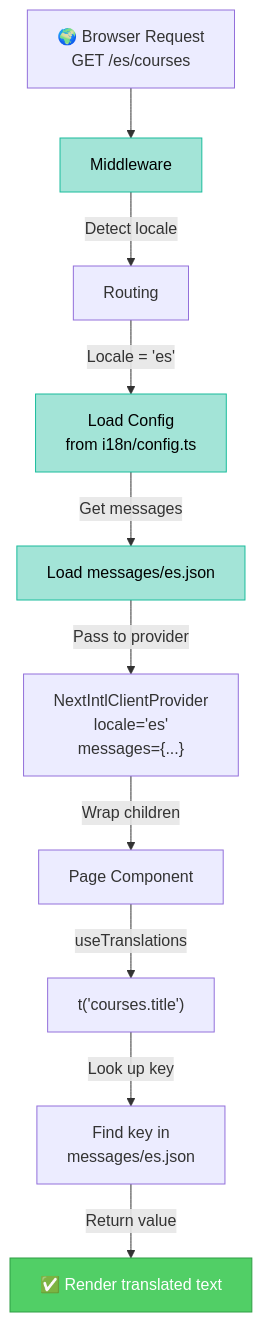
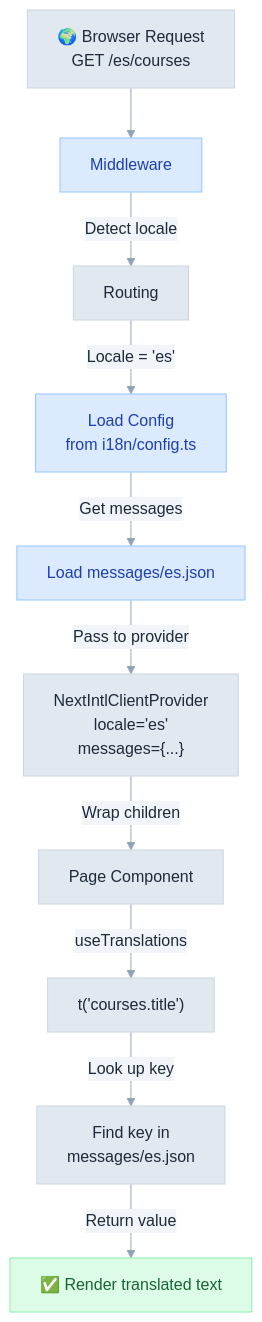
One commit to 3DHDSoft/devmultiplier-academy changed the diagram in doc/multilingual-implementation-guide.md. Above: the diagram before and after it, drawn with Mermaid. The commit also changed 19 other files, not shown here.

````diff
--- a/doc/multilingual-implementation-guide.md
+++ b/doc/multilingual-implementation-guide.md
@@ -71,20 +71,30 @@
 ```mermaid
-graph TD
+%%{init: {'theme': 'base', 'themeVariables': {
+  'primaryColor': '#e2e8f0',
+  'primaryTextColor': '#1e293b',
+  'primaryBorderColor': '#cbd5e1',
+  'lineColor': '#94a3b8',
+  'secondaryColor': '#f1f5f9',
+  'tertiaryColor': '#f8fafc',
+  'background': '#ffffff',
+  'textColor': '#334155',
+  'fontFamily': 'system-ui, -apple-system, sans-serif'
+}}}%%graph TD
     Browser["🌍 Browser Request<br/>GET /es/courses"] --> Middleware["Middleware"]
     Middleware -->|Detect locale| Routing["Routing"]
 
     Routing -->|Locale = 'es'| Config["Load Config<br/>from i18n/config.ts"]
     Config -->|Get messages| Messages["Load messages/es.json"]
 
     Messages -->|Pass to provider| Provider["NextIntlClientProvider<br/>locale='es'<br/>messages={...}"]
     Provider -->|Wrap children| Page["Page Component"]
 
     Page -->|useTranslations| Trans["t('courses.title')"]
     Trans -->|Look up key| Lookup["Find key in<br/>messages/es.json"]
     Lookup -->|Return value| Render["✅ Render translated text"]
 
-    style Middleware fill:#a3e4d7,stroke:#1abc9c,color:#000
-    style Config fill:#a3e4d7,stroke:#1abc9c,color:#000
-    style Messages fill:#a3e4d7,stroke:#1abc9c,color:#000
-    style Render fill:#51cf66,stroke:#2f9e44,color:#fff
+    style Middleware fill:#dbeafe,stroke:#93c5fd,color:#1e40af
+    style Config fill:#dbeafe,stroke:#93c5fd,color:#1e40af
+    style Messages fill:#dbeafe,stroke:#93c5fd,color:#1e40af
+    style Render fill:#dcfce7,stroke:#86efac,color:#166534
 ```
````
